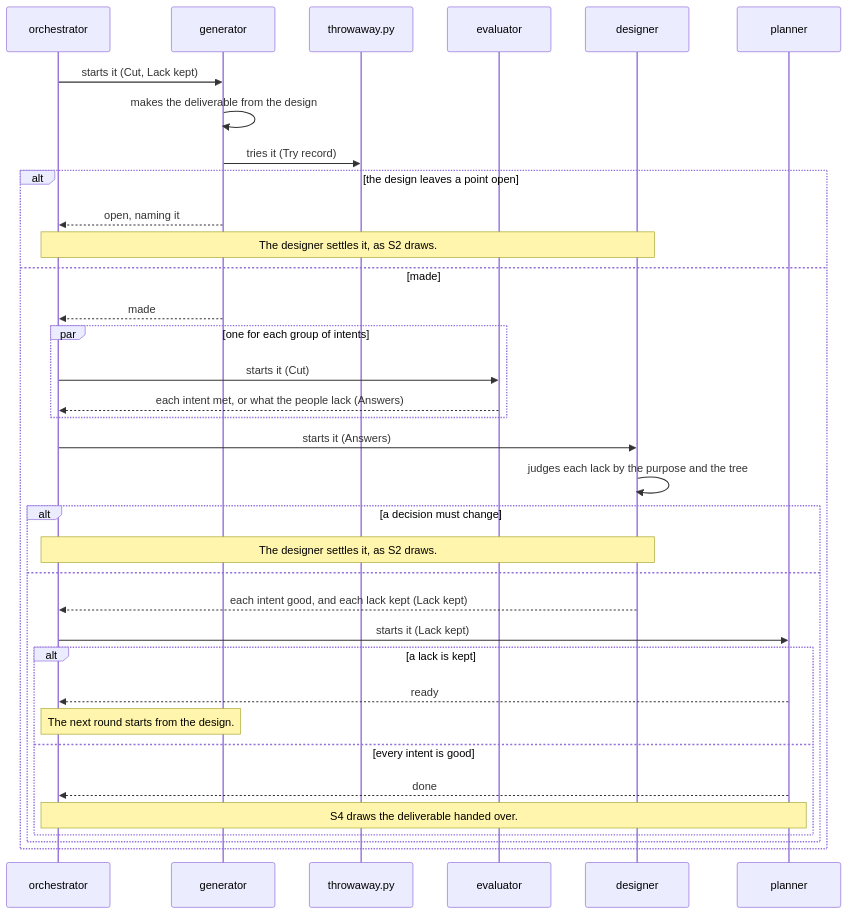
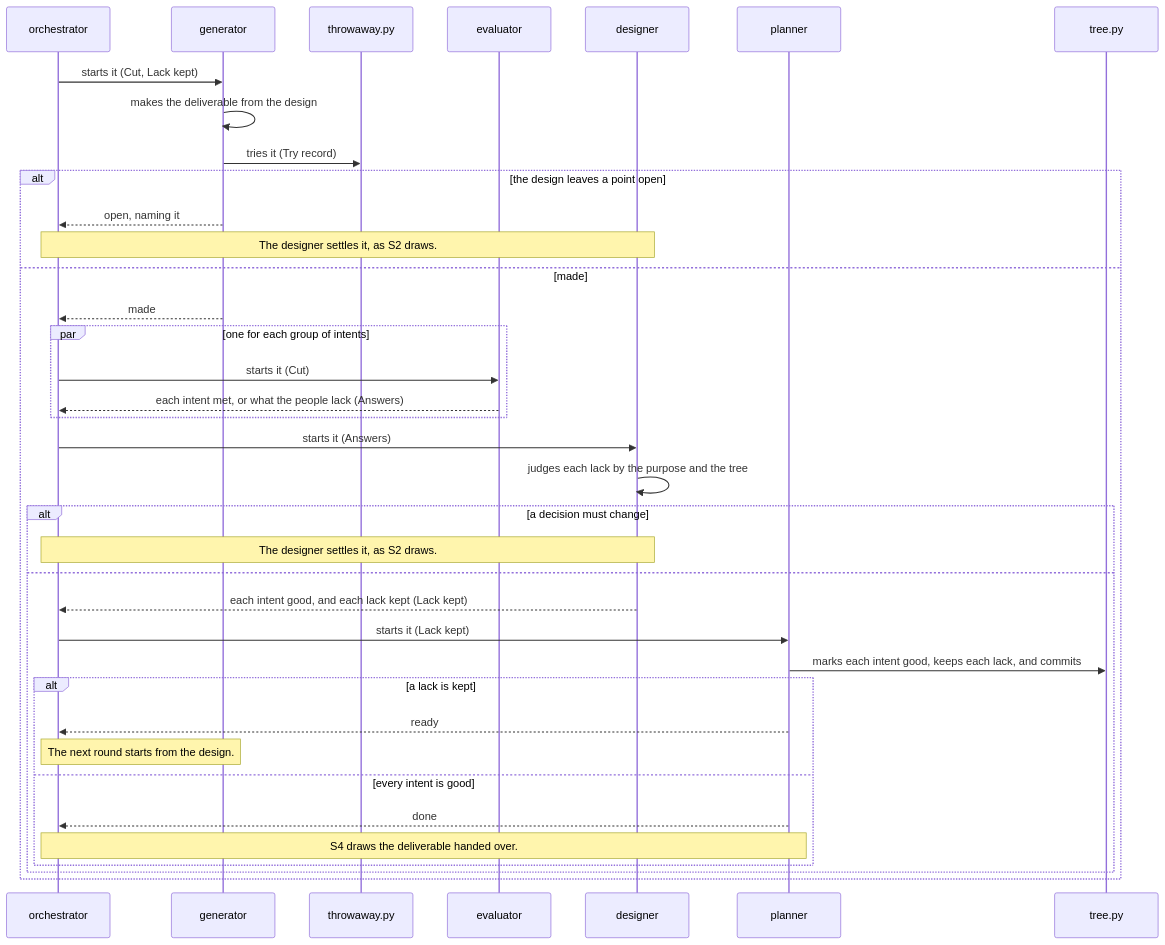
The third of 5 diagrams in dev/rn/architecture.md (lovaizu/ccpm), drawn with Mermaid before and after one commit. The commit also changed other lines of this file and 1 other file, not shown here.

````diff
--- a/dev/rn/architecture.md
+++ b/dev/rn/architecture.md
@@ -193,37 +196,39 @@
 ```mermaid
 sequenceDiagram
   participant O as orchestrator
   participant G as generator
   participant W as throwaway.py
   participant E as evaluator
   participant D as designer
   participant P as planner
+  participant T as tree.py
   O->>G: starts it (Cut, Lack kept)
   G->>G: makes the deliverable from the design
   G->>W: tries it (Try record)
   alt the design leaves a point open
     G-->>O: open, naming it
     Note over O,D: The designer settles it, as S2 draws.
   else made
     G-->>O: made
     par one for each group of intents
       O->>E: starts it (Cut)
       E-->>O: each intent met, or what the people lack (Answers)
     end
     O->>D: starts it (Answers)
     D->>D: judges each lack by the purpose and the tree
     alt a decision must change
       Note over O,D: The designer settles it, as S2 draws.
     else
       D-->>O: each intent good, and each lack kept (Lack kept)
       O->>P: starts it (Lack kept)
+      P->>T: marks each intent good, keeps each lack, and commits
       alt a lack is kept
         P-->>O: ready
         Note over O,G: The next round starts from the design.
       else every intent is good
         P-->>O: done
         Note over O,P: S4 draws the deliverable handed over.
       end
     end
   end
 ```
````
